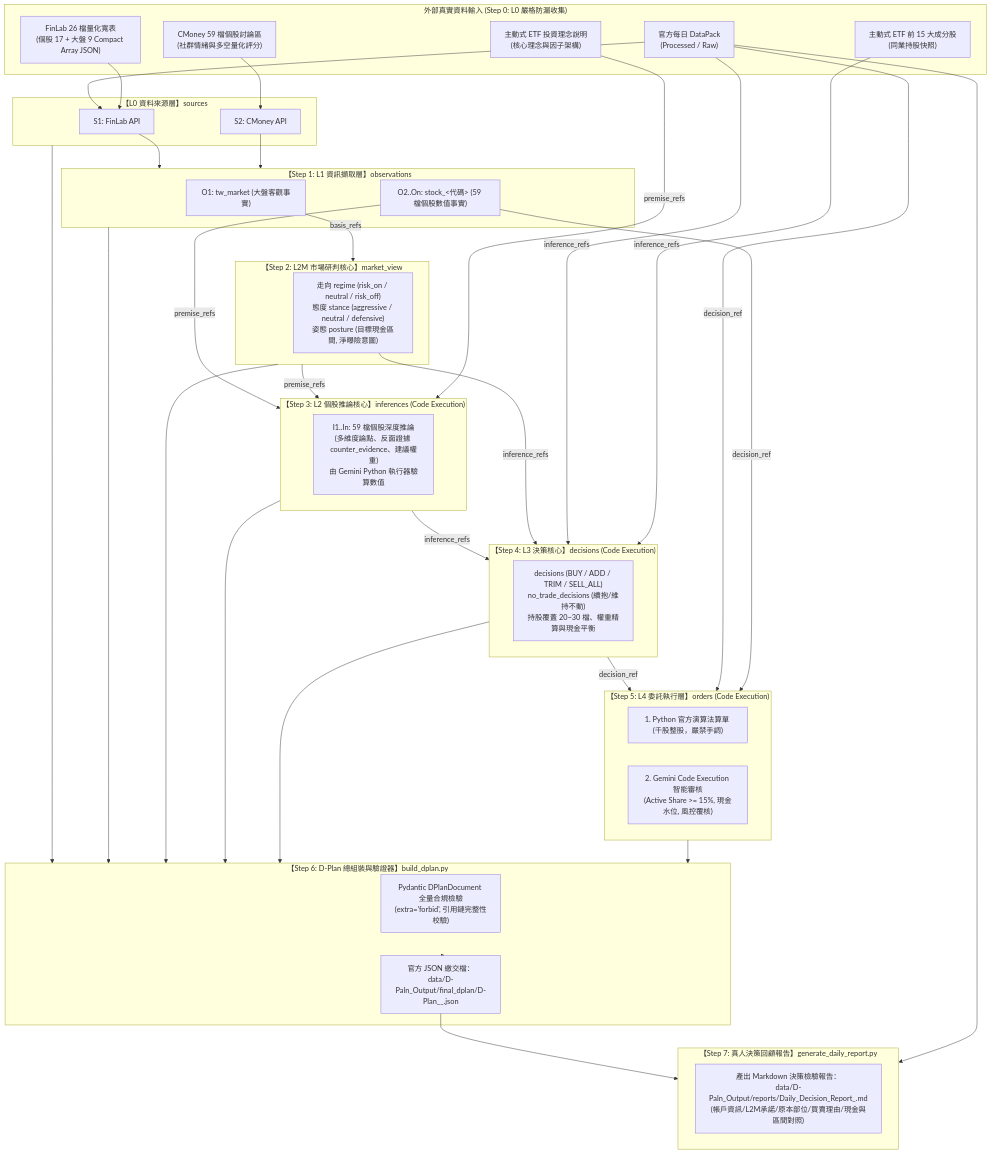
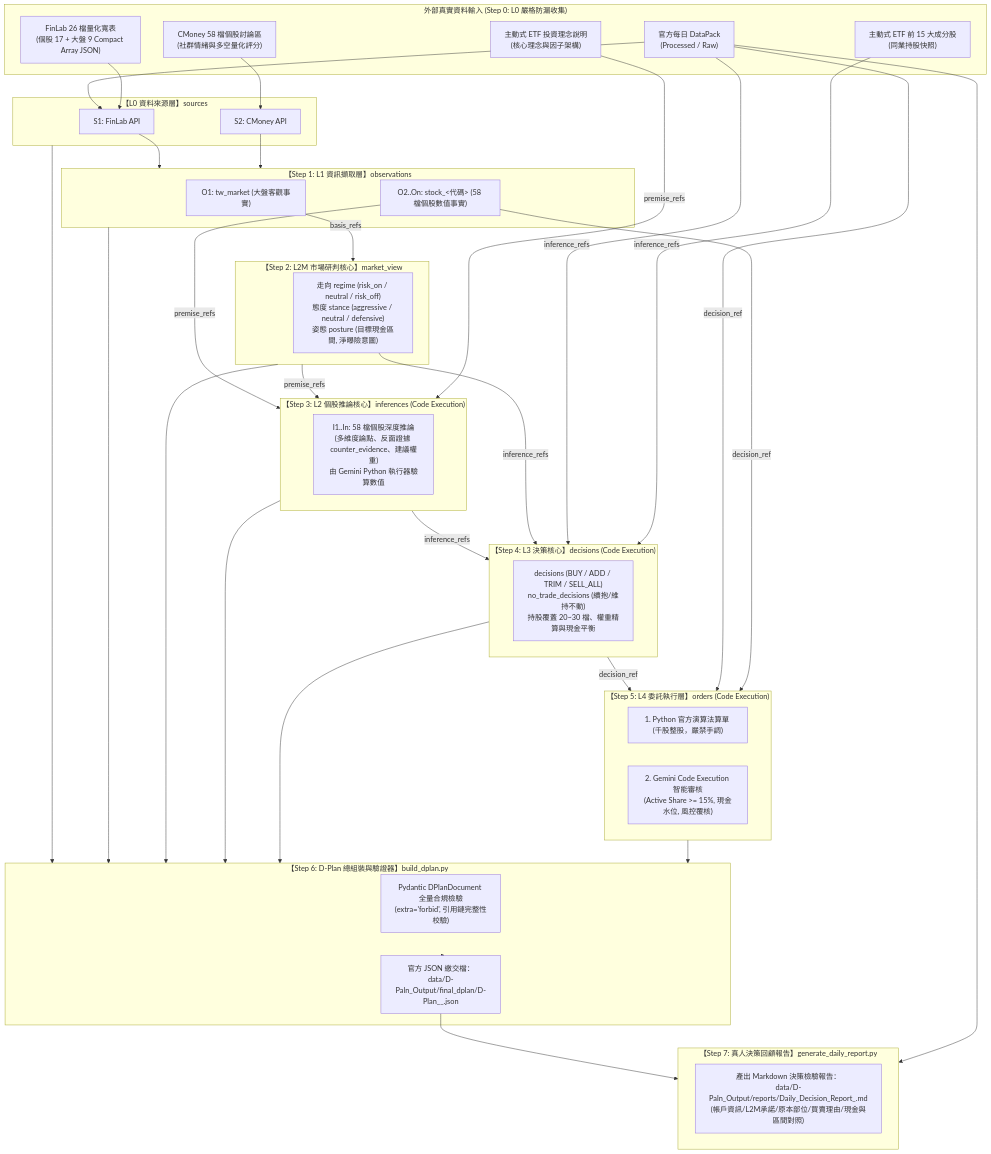
Before and after one commit to codyliao0327/esun-ai-cup-2026: the diagram in README.md, drawn with Mermaid. The commit also changed other lines of this file, not shown here.

````diff
--- a/README.md
+++ b/README.md
@@ -42,58 +60,58 @@
 ```mermaid
 flowchart TD
     subgraph Data_Inputs["外部真實資料輸入 (Step 0: L0 嚴格防漏收集)"]
         DP["官方每日 DataPack\n(Processed / Raw)"]
         FL["FinLab 26 檔量化寬表\n(個股 17 + 大盤 9 Compact Array JSON)"]
-        CM["CMoney 59 檔個股討論區\n(社群情緒與多空量化評分)"]
+        CM["CMoney 58 檔個股討論區\n(社群情緒與多空量化評分)"]
         ETF_H["主動式 ETF 前 15 大成分股\n(同業持股快照)"]
         ETF_S["主動式 ETF 投資理念說明\n(核心理念與因子架構)"]
     end
 
     subgraph L0["【L0 資料來源層】sources"]
         S1["S1: FinLab API"]
         S2["S2: CMoney API"]
     end
 
     subgraph L1["【Step 1: L1 資訊擷取層】observations"]
         O_MKT["O1: tw_market (大盤客觀事實)"]
-        O_STK["O2..On: stock_<代碼> (59 檔個股數值事實)"]
+        O_STK["O2..On: stock_<代碼> (58 檔個股數值事實)"]
     end
 
     subgraph L2M["【Step 2: L2M 市場研判核心】market_view"]
         MV["走向 regime (risk_on / neutral / risk_off)\n態度 stance (aggressive / neutral / defensive)\n姿態 posture (目標現金區間, 淨曝險意圖)"]
     end
 
     subgraph L2["【Step 3: L2 個股推論核心】inferences (Code Execution)"]
-        INF["I1..In: 59 檔個股深度推論\n(多維度論點、反面證據 counter_evidence、建議權重)\n由 Gemini Python 執行器驗算數值"]
+        INF["I1..In: 58 檔個股深度推論\n(多維度論點、反面證據 counter_evidence、建議權重)\n由 Gemini Python 執行器驗算數值"]
     end
 
     subgraph L3["【Step 4: L3 決策核心】decisions (Code Execution)"]
         DEC["decisions (BUY / ADD / TRIM / SELL_ALL)\nno_trade_decisions (續抱/維持不動)\n持股覆蓋 20~30 檔、權重精算與現金平衡"]
     end
 
     subgraph L4["【Step 5: L4 委託執行層】orders (Code Execution)"]
         ORD_PY["1. Python 官方演算法算單 (千股整股，嚴禁手調)"]
         ORD_LLM["2. Gemini Code Execution 智能審核\n(Active Share >= 15%, 現金水位, 風控覆核)"]
     end
 
     subgraph Assembler["【Step 6: D-Plan 總組裝與驗證器】build_dplan.py"]
         VAL["Pydantic DPlanDocument 全量合規檢驗\n(extra='forbid', 引用鏈完整性校驗)"]
         OUT["官方 JSON 繳交檔：\ndata/D-Paln_Output/final_dplan/D-Plan_<team_id>_<trade_date>.json"]
     end
 
     subgraph ReviewReport["【Step 7: 真人決策回顧報告】generate_daily_report.py"]
         REP["產出 Markdown 決策檢驗報告：\ndata/D-Paln_Output/reports/Daily_Decision_Report_<YYYYMMDD>.md\n(帳戶資訊/L2M承諾/原本部位/買賣理由/現金與區間對照)"]
     end
 
     DP --> S1
     FL --> S1
     CM --> S2
     S1 & S2 --> L1
     O_MKT -->|basis_refs| L2M
     O_STK & L2M & ETF_S -->|premise_refs| L2
     L2 & MV & DP & ETF_H -->|inference_refs| L3
     L3 & DP & O_STK -->|decision_ref| L4
     L0 & L1 & L2M & L2 & L3 & L4 --> Assembler
     Assembler --> OUT
     OUT & DP --> ReviewReport
 ```
````
